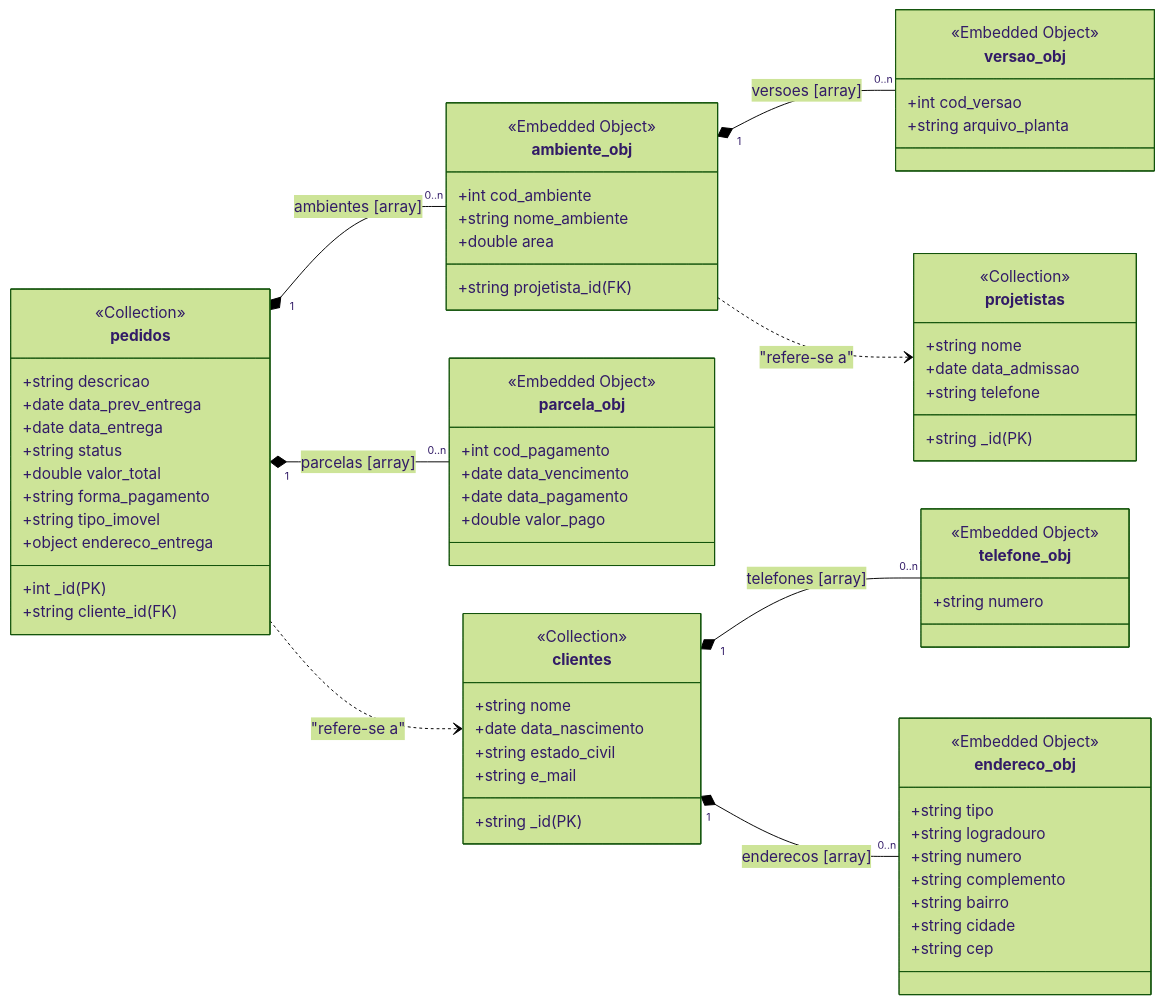
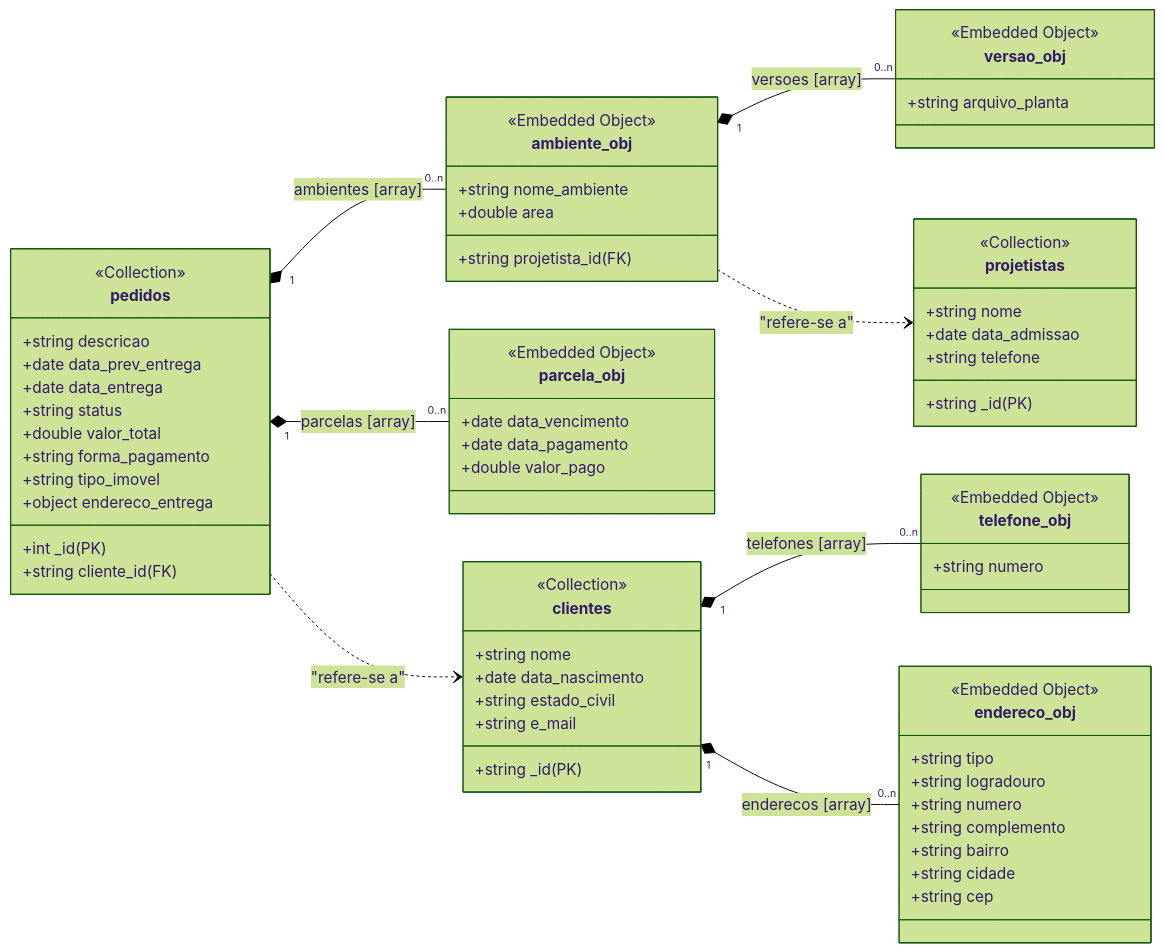
The diagram in v2/mongo/modelo-nr-expandido.mmd (thallyslemos/bd2-casa-prado-mongo), drawn with Mermaid (forest theme) before and after one commit. The commit also changed 2 other files, not shown here.

```diff
--- a/v2/mongo/modelo-nr-expandido.mmd
+++ b/v2/mongo/modelo-nr-expandido.mmd
@@ -1,81 +1,78 @@
 classDiagram
     direction LR
 
     class clientes {
         <<Collection>>
         +string _id (PK)
         +string nome
         +date data_nascimento
         +string estado_civil
         +string e_mail
     }
 
     class telefone_obj {
         <<Embedded Object>>
         +string numero
     }
 
     class endereco_obj {
         <<Embedded Object>>
         +string tipo
         +string logradouro
         +string numero
         +string complemento
         +string bairro
         +string cidade
         +string cep
     }
 
     class projetistas {
         <<Collection>>
         +string _id (PK)
         +string nome
         +date data_admissao
         +string telefone
     }
 
     class pedidos {
         <<Collection>>
         +int _id (PK)
         +string descricao
         +date data_prev_entrega
         +date data_entrega
         +string status
         +double valor_total
         +string forma_pagamento
         +string tipo_imovel
         +string cliente_id (FK)
         +object endereco_entrega
     }
 
     class parcela_obj {
         <<Embedded Object>>
-        +int cod_pagamento
         +date data_vencimento
         +date data_pagamento
         +double valor_pago
     }
 
     class ambiente_obj {
         <<Embedded Object>>
-        +int cod_ambiente
         +string nome_ambiente
         +double area
         +string projetista_id (FK)
     }
 
     class versao_obj {
         <<Embedded Object>>
-        +int cod_versao
         +string arquivo_planta
     }
 
     clientes "1" *-- "0..n" telefone_obj : telefones [array]
     clientes "1" *-- "0..n" endereco_obj : enderecos [array]
 
     pedidos "1" *-- "0..n" parcela_obj : parcelas [array]
     pedidos "1" *-- "0..n" ambiente_obj : ambientes [array]
     pedidos ..> clientes : "refere-se a"
 
     ambiente_obj "1" *-- "0..n" versao_obj : versoes [array]
     ambiente_obj ..> projetistas : "refere-se a"
```
